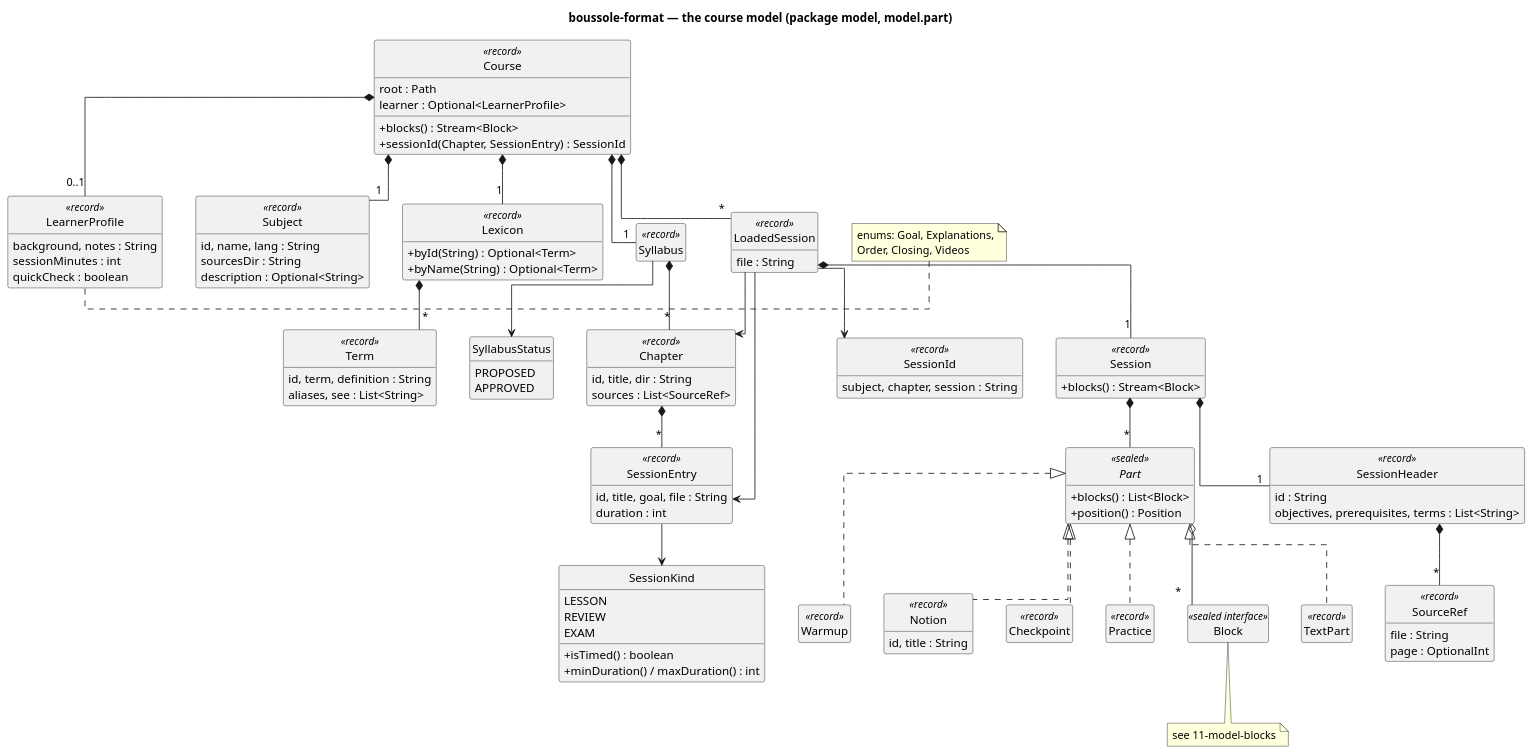
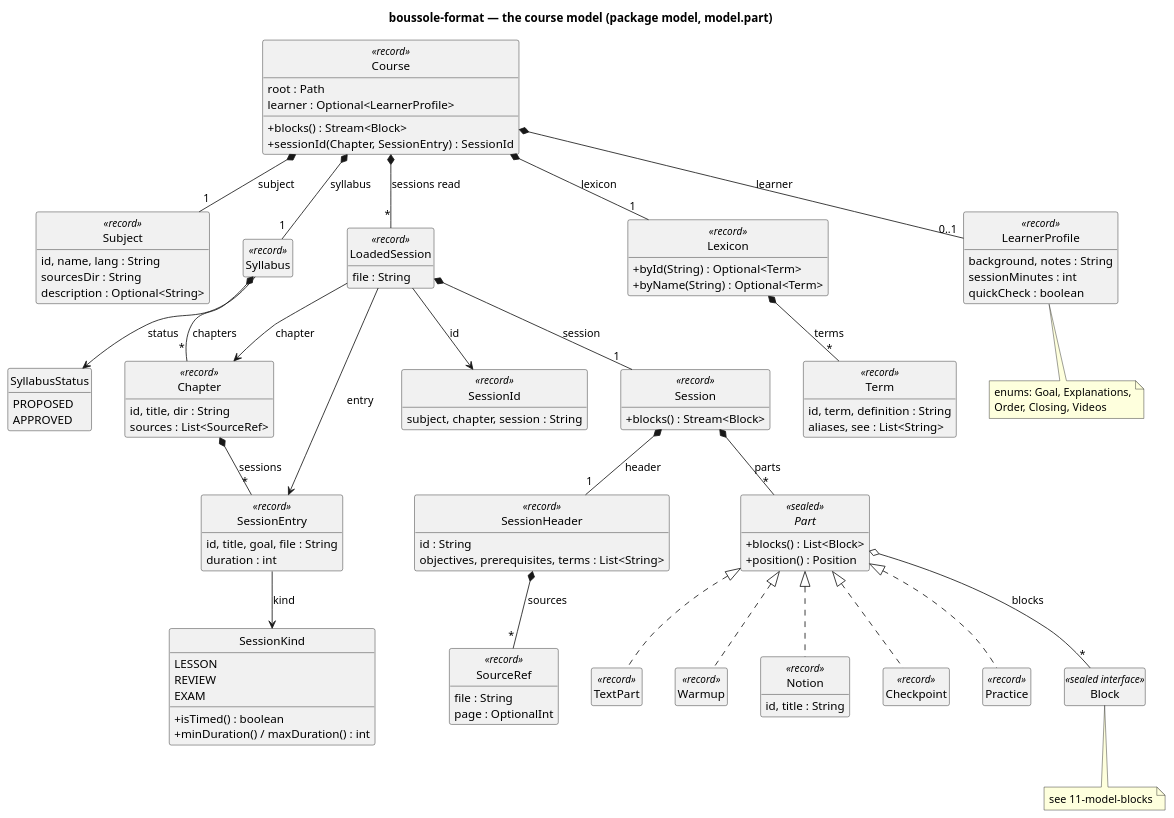
The diagram in docs/diagrams/10-model-course.puml (lucasssoh/Boussole), drawn with PlantUML before and after one commit. The commit also changed 17 other files, not shown here.

Commit message:
Docs : class diagrams with curved lines, every relation named after its field or role

```diff
--- a/docs/diagrams/10-model-course.puml
+++ b/docs/diagrams/10-model-course.puml
@@ -1,115 +1,114 @@
 @startuml 10-model-course
 skinparam packageStyle rectangle
 skinparam classAttributeIconSize 0
-skinparam linetype ortho
 skinparam nodesep 40
 skinparam ranksep 50
 hide empty members
 hide circle
 title boussole-format — the course model (package model, model.part)
 
 class Course <<record>> {
   root : Path
   learner : Optional<LearnerProfile>
   +blocks() : Stream<Block>
   +sessionId(Chapter, SessionEntry) : SessionId
 }
 class Subject <<record>> {
   id, name, lang : String
   sourcesDir : String
   description : Optional<String>
 }
 class Syllabus <<record>>
 enum SyllabusStatus {
   PROPOSED
   APPROVED
 }
 class Chapter <<record>> {
   id, title, dir : String
   sources : List<SourceRef>
 }
 class SessionEntry <<record>> {
   id, title, goal, file : String
   duration : int
 }
 enum SessionKind {
   LESSON
   REVIEW
   EXAM
   +isTimed() : boolean
   +minDuration() / maxDuration() : int
 }
 class SessionId <<record>> {
   subject, chapter, session : String
 }
 class Lexicon <<record>> {
   +byId(String) : Optional<Term>
   +byName(String) : Optional<Term>
 }
 class Term <<record>> {
   id, term, definition : String
   aliases, see : List<String>
 }
 class LearnerProfile <<record>> {
   background, notes : String
   sessionMinutes : int
   quickCheck : boolean
 }
-note right of LearnerProfile
+note bottom of LearnerProfile
   enums: Goal, Explanations,
   Order, Closing, Videos
 end note
 class LoadedSession <<record>> {
   file : String
 }
 class Session <<record>> {
   +blocks() : Stream<Block>
 }
 class SessionHeader <<record>> {
   id : String
   objectives, prerequisites, terms : List<String>
 }
 class SourceRef <<record>> {
   file : String
   page : OptionalInt
 }
 
 interface Part <<sealed>> {
   +blocks() : List<Block>
   +position() : Position
 }
 class TextPart <<record>>
 class Warmup <<record>>
 class Notion <<record>> {
   id, title : String
 }
 class Checkpoint <<record>>
 class Practice <<record>>
 
-Course *-- "1" Subject
-Course *-- "1" Syllabus
-Course *-- "1" Lexicon
-Course *-- "0..1" LearnerProfile
-Course *-- "*" LoadedSession
-Syllabus *-- "*" Chapter
-Syllabus --> SyllabusStatus
-Chapter *-- "*" SessionEntry
-SessionEntry --> SessionKind
-Lexicon *-- "*" Term
-LoadedSession --> SessionId
-LoadedSession --> Chapter
-LoadedSession --> SessionEntry
-LoadedSession *-- "1" Session
-Session *-- "1" SessionHeader
-Session *-- "*" Part
-SessionHeader *-- "*" SourceRef
+Course *-- "1" Subject : subject
+Course *-- "1" Syllabus : syllabus
+Course *-- "1" Lexicon : lexicon
+Course *-- "0..1" LearnerProfile : learner
+Course *-- "*" LoadedSession : sessions read
+Syllabus *-- "*" Chapter : chapters
+Syllabus --> SyllabusStatus : status
+Chapter *-- "*" SessionEntry : sessions
+SessionEntry --> SessionKind : kind
+Lexicon *-- "*" Term : terms
+LoadedSession --> SessionId : id
+LoadedSession --> Chapter : chapter
+LoadedSession --> SessionEntry : entry
+LoadedSession *-- "1" Session : session
+Session *-- "1" SessionHeader : header
+Session *-- "*" Part : parts
+SessionHeader *-- "*" SourceRef : sources
 Part <|.. TextPart
 Part <|.. Warmup
 Part <|.. Notion
 Part <|.. Checkpoint
 Part <|.. Practice
-Part o-- "*" Block
+Part o-- "*" Block : blocks
 
 class Block <<sealed interface>>
 note bottom of Block : see 11-model-blocks
 @enduml
```
